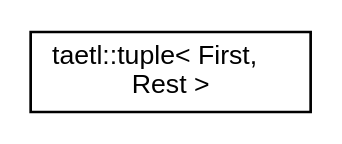
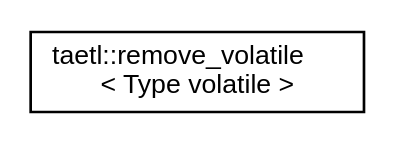
The diagram in inherit_graph_22.dot (tobanteAudio/taetl), drawn with Graphviz before and after one commit. The commit also changed 82 other files, not shown here.

```diff
--- a/inherit_graph_22.dot
+++ b/inherit_graph_22.dot
@@ -1,7 +1,7 @@
 digraph "Graphical Class Hierarchy"
 {
   edge [fontname="Helvetica",fontsize="10",labelfontname="Helvetica",labelfontsize="10"];
   node [fontname="Helvetica",fontsize="10",shape=record];
   rankdir="LR";
-  Node0 [label="taetl::tuple\< First,\l Rest \>",height=0.2,width=0.4,color="black", fillcolor="white", style="filled",URL="$structtaetl_1_1tuple.html",tooltip="Namespace for the taetl library. "];
+  Node0 [label="taetl::remove_volatile\l\< Type volatile \>",height=0.2,width=0.4,color="black", fillcolor="white", style="filled",URL="$structtaetl_1_1remove__volatile_3_01Type_01volatile_01_4.html"];
 }
```
